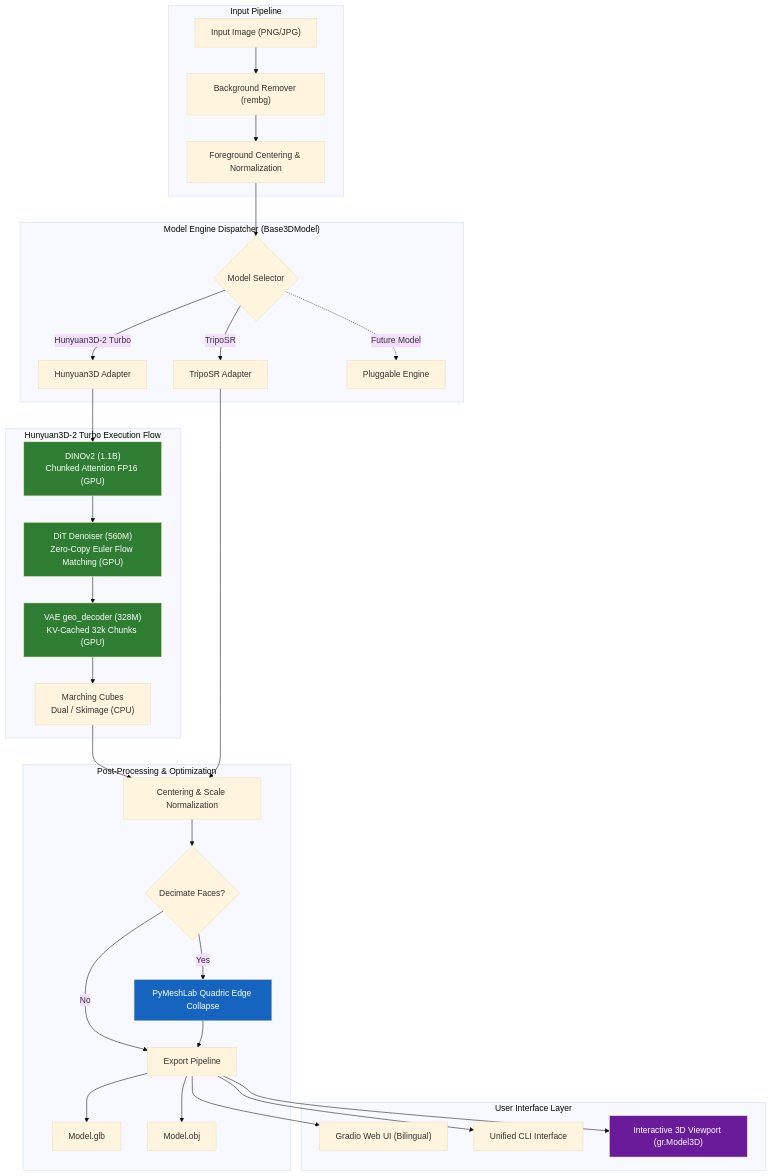
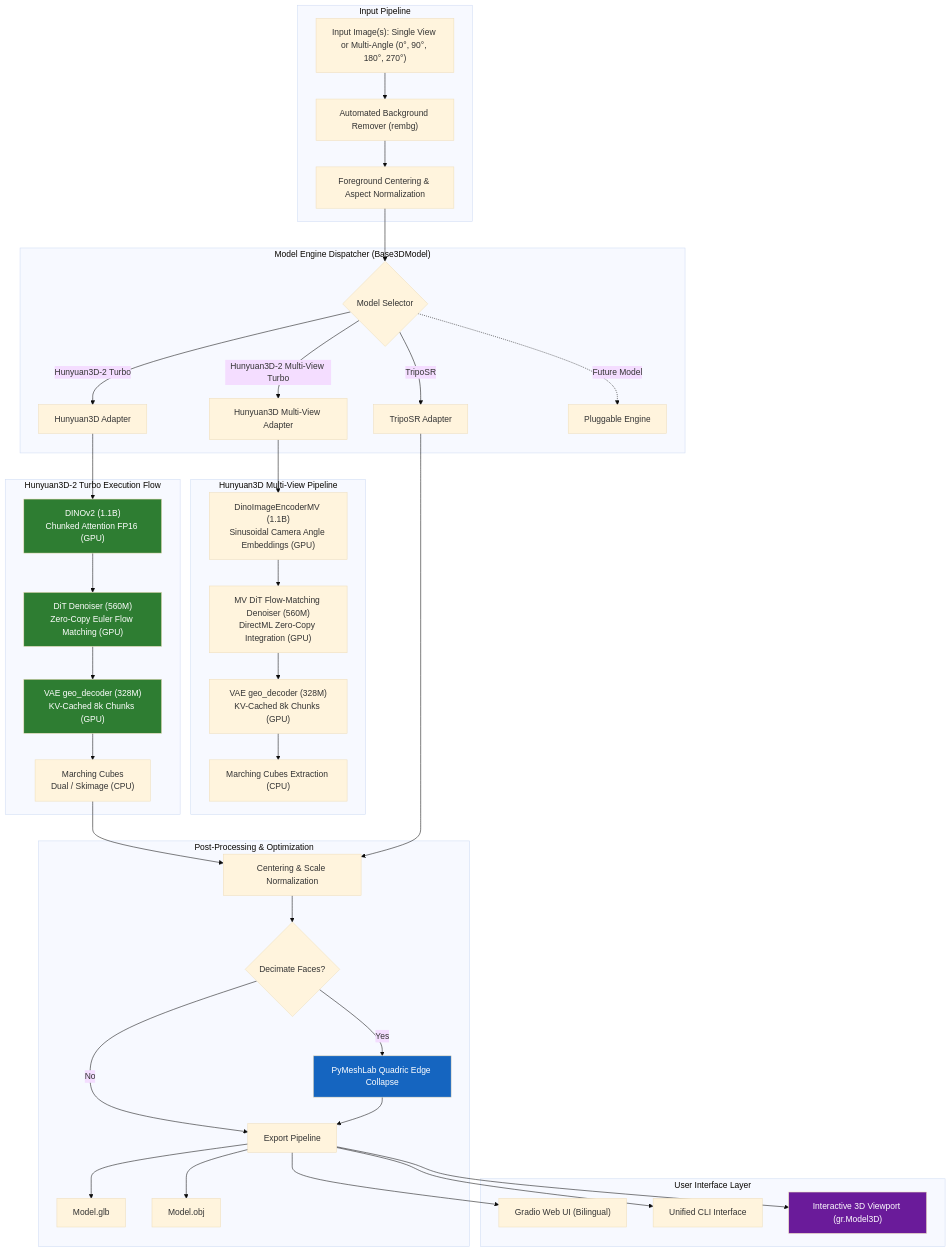
Before and after one commit to CarlosB456/AI-Powered-3D-Model-Creator: the diagram in docs/ARCHITECTURE.md, drawn with Mermaid (base theme). The commit also changed other lines of this file and 8 other files, not shown here.

Commit message:
Add multi-angle 3D generation support, multi-view web studio tabs, and documentation updates by Carlos B (eLdarqO)

````diff
--- a/docs/ARCHITECTURE.md
+++ b/docs/ARCHITECTURE.md
@@ -9,46 +9,54 @@
 ```mermaid
 flowchart TD
     subgraph Input["Input Pipeline"]
-        IMG[" Input Image (PNG/JPG)"]
-        REMBG[" Background Remover (rembg)"]
-        PREP[" Foreground Centering & Normalization"]
+        IMG["Input Image(s): Single View or Multi-Angle (0°, 90°, 180°, 270°)"]
+        REMBG["Automated Background Remover (rembg)"]
+        PREP["Foreground Centering & Aspect Normalization"]
         IMG --> REMBG --> PREP
     end
 
     subgraph Core["Model Engine Dispatcher (Base3DModel)"]
         PREP --> ROUTER{"Model Selector"}
+        ROUTER -->|"Hunyuan3D-2 Multi-View Turbo"| MV3D["Hunyuan3D Multi-View Adapter"]
         ROUTER -->|"Hunyuan3D-2 Turbo"| H3D["Hunyuan3D Adapter"]
         ROUTER -->|"TripoSR"| T3D["TripoSR Adapter"]
         ROUTER -.->|"Future Model"| F3D["Pluggable Engine"]
     end
 
+    subgraph MV_Pipeline["Hunyuan3D Multi-View Pipeline"]
+        MV3D --> MVDINO["DinoImageEncoderMV (1.1B)<br/>Sinusoidal Camera Angle Embeddings (GPU)"]
+        MVDINO --> MVDIT["MV DiT Flow-Matching Denoiser (560M)<br/>DirectML Zero-Copy Integration (GPU)"]
+        MVDIT --> MVVAE["VAE geo_decoder (328M)<br/>KV-Cached 8k Chunks (GPU)"]
+        MVVAE --> MVMC["Marching Cubes Extraction (CPU)"]
+    end
+
     subgraph H3D_Pipeline["Hunyuan3D-2 Turbo Execution Flow"]
         H3D --> DINO["DINOv2 (1.1B)<br/>Chunked Attention FP16 (GPU)"]
         DINO --> DIT["DiT Denoiser (560M)<br/>Zero-Copy Euler Flow Matching (GPU)"]
-        DIT --> VAE["VAE geo_decoder (328M)<br/>KV-Cached 32k Chunks (GPU)"]
+        DIT --> VAE["VAE geo_decoder (328M)<br/>KV-Cached 8k Chunks (GPU)"]
         VAE --> MC["Marching Cubes<br/>Dual / Skimage (CPU)"]
     end
 
     subgraph Post["Post-Processing & Optimization"]
         MC --> NORM[" Centering & Scale Normalization"]
         T3D --> NORM
         NORM --> DEC{"Decimate Faces?"}
         DEC -->|"Yes"| PYM["PyMeshLab Quadric Edge Collapse"]
         DEC -->|"No"| EXP["Export Pipeline"]
         PYM --> EXP
         EXP --> GLB[" Model.glb"]
         EXP --> OBJ[" Model.obj"]
     end
 
     subgraph UI["User Interface Layer"]
         EXP --> WEB[" Gradio Web UI (Bilingual)"]
         EXP --> CLI[" Unified CLI Interface"]
         EXP --> V3D[" Interactive 3D Viewport (gr.Model3D)"]
     end
 
     style DINO fill:#2e7d32,color:#fff
     style DIT fill:#2e7d32,color:#fff
     style VAE fill:#2e7d32,color:#fff
     style PYM fill:#1565c0,color:#fff
     style V3D fill:#6a1b9a,color:#fff
 ```
````
